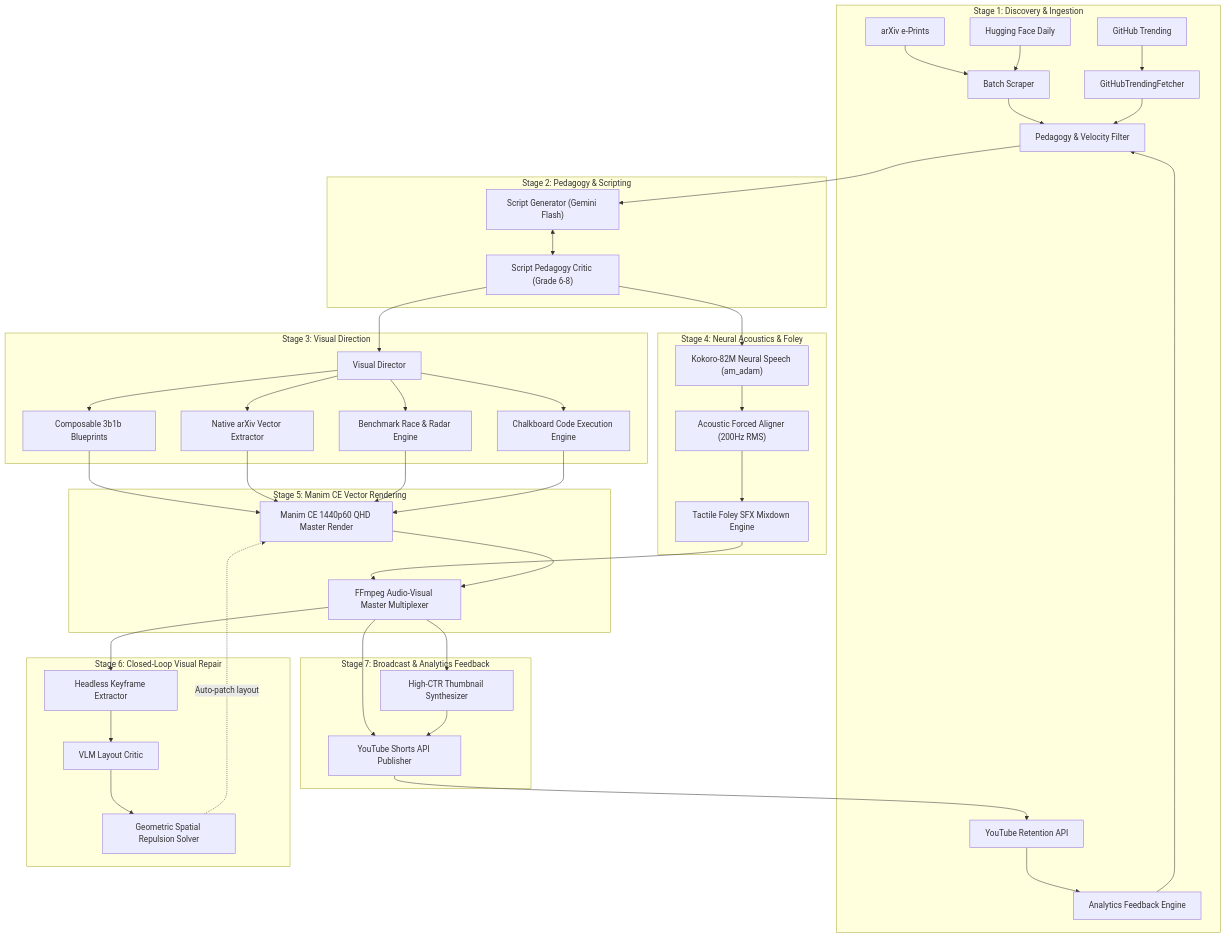
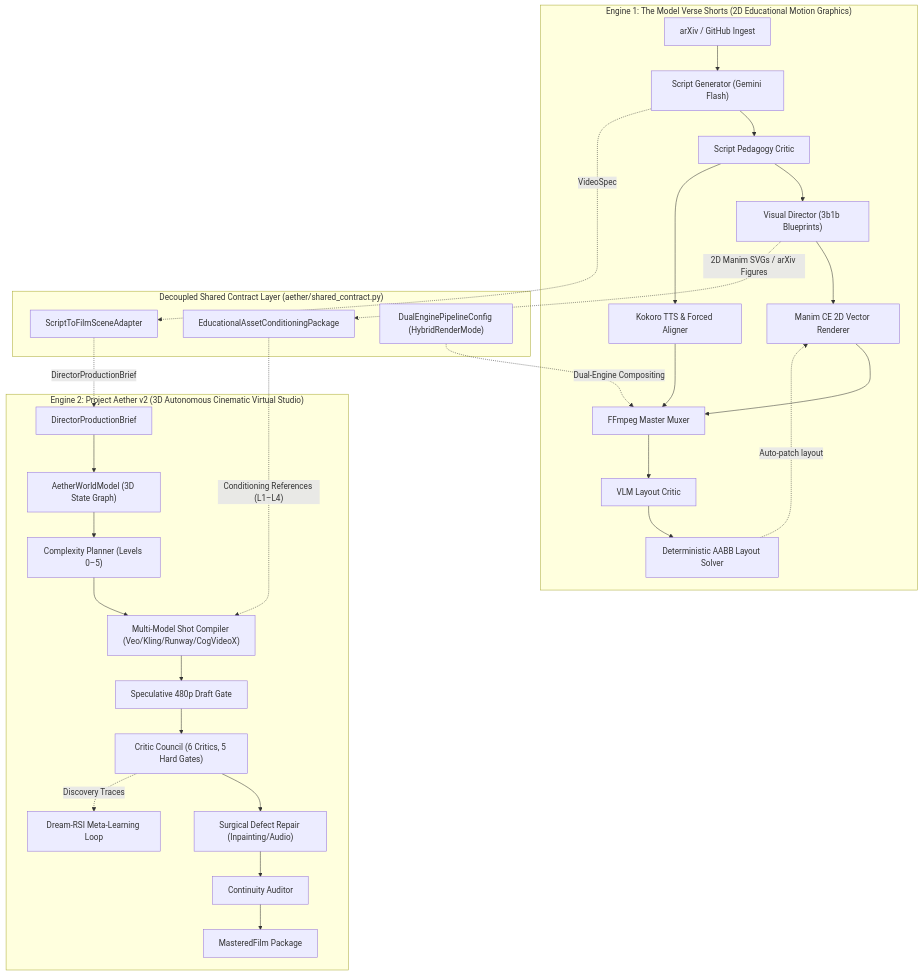
One commit to Amankumar006/Automated-video-Generation changed the diagram in ARCHITECTURE.md. Above: the diagram before and after it, drawn with Mermaid. The commit also changed other lines of this file and 34 other files, not shown here.

Commit message:
feat: harmonize dual-engine production, integrate arXiv figure extraction, and update Aether operational budget protocol

````diff
--- a/ARCHITECTURE.md
+++ b/ARCHITECTURE.md
@@ -12,54 +12,39 @@
 ```mermaid
 flowchart TD
-    subgraph STAGE_1 ["Stage 1: Discovery & Ingestion"]
-        arXiv["arXiv e-Prints"] --> Scraper["Batch Scraper"]
-        HF["Hugging Face Daily"] --> Scraper
-        GH["GitHub Trending"] --> GHFetcher["GitHubTrendingFetcher"]
-        YT["YouTube Retention API"] --> Feedback["Analytics Feedback Engine"]
-        Scraper --> Prioritizer["Pedagogy & Velocity Filter"]
-        GHFetcher --> Prioritizer
-        Feedback --> Prioritizer
+    subgraph Engine_1 ["Engine 1: The Model Verse Shorts (2D Educational Motion Graphics)"]
+        Ingest["arXiv / GitHub Ingest"] --> ScriptGen["Script Generator (Gemini Flash)"]
+        ScriptGen --> ScriptCritic["Script Pedagogy Critic"]
+        ScriptCritic --> VisualDir["Visual Director (3b1b Blueprints)"]
+        VisualDir --> ManimEngine["Manim CE 2D Vector Renderer"]
+        ScriptCritic --> AudioSynth["Kokoro TTS & Forced Aligner"]
+        ManimEngine --> Muxer["FFmpeg Master Muxer"]
+        AudioSynth --> Muxer
+        Muxer --> VLMCritic["VLM Layout Critic"]
+        VLMCritic --> LayoutSolver["Deterministic AABB Layout Solver"]
+        LayoutSolver -. "Auto-patch layout" .-> ManimEngine
     end
 
-    subgraph STAGE_2 ["Stage 2: Pedagogy & Scripting"]
-        Prioritizer --> ScriptGen["Script Generator (Gemini Flash)"]
-        ScriptGen <--> Critic["Script Pedagogy Critic (Grade 6-8)"]
+    subgraph Shared_Layer ["Decoupled Shared Contract Layer (aether/shared_contract.py)"]
+        ScriptAdapter["ScriptToFilmSceneAdapter"]
+        AssetPkg["EducationalAssetConditioningPackage"]
+        HybridCfg["DualEnginePipelineConfig (HybridRenderMode)"]
     end
 
-    subgraph STAGE_3 ["Stage 3: Visual Direction"]
-        Critic --> Director["Visual Director"]
-        Director --> Blueprints["Composable 3b1b Blueprints"]
-        Director --> VectorExt["Native arXiv Vector Extractor"]
-        Director --> ShowdownEng["Benchmark Race & Radar Engine"]
-        Director --> CodeEng["Chalkboard Code Execution Engine"]
+    subgraph Engine_2 ["Engine 2: Project Aether v2 (3D Autonomous Cinematic Virtual Studio)"]
+        Brief["DirectorProductionBrief"] --> WorldModel["AetherWorldModel (3D State Graph)"]
+        WorldModel --> CompPlanner["Complexity Planner (Levels 0–5)"]
+        CompPlanner --> ShotComp["Multi-Model Shot Compiler (Veo/Kling/Runway/CogVideoX)"]
+        ShotComp --> SpecDraft["Speculative 480p Draft Gate"]
+        SpecDraft --> Council["Critic Council (6 Critics, 5 Hard Gates)"]
+        Council --> Repair["Surgical Defect Repair (Inpainting/Audio)"]
+        Repair --> ContinAudit["Continuity Auditor"]
+        ContinAudit --> MasterFilm["MasteredFilm Package"]
+        Council -. "Discovery Traces" .-> Teacher["Dream-RSI Meta-Learning Loop"]
     end
 
-    subgraph STAGE_4 ["Stage 4: Neural Acoustics & Foley"]
-        Critic --> TTS["Kokoro-82M Neural Speech (am_adam)"]
-        TTS --> Aligner["Acoustic Forced Aligner (200Hz RMS)"]
-        Aligner --> SFX["Tactile Foley SFX Mixdown Engine"]
-    end
-
-    subgraph STAGE_5 ["Stage 5: Manim CE Vector Rendering"]
-        Blueprints --> Renderer["Manim CE 1440p60 QHD Master Render"]
-        VectorExt --> Renderer
-        ShowdownEng --> Renderer
-        CodeEng --> Renderer
-        SFX --> Compositor["FFmpeg Audio-Visual Master Multiplexer"]
-        Renderer --> Compositor
-    end
-
-    subgraph STAGE_6 ["Stage 6: Closed-Loop Visual Repair"]
-        Compositor --> Keyframes["Headless Keyframe Extractor"]
-        Keyframes --> VLMCritic["VLM Layout Critic"]
-        VLMCritic --> LayoutSolver["Geometric Spatial Repulsion Solver"]
-        LayoutSolver -. "Auto-patch layout" .-> Renderer
-    end
-
-    subgraph STAGE_7 ["Stage 7: Broadcast & Analytics Feedback"]
-        Compositor --> Thumbnail["High-CTR Thumbnail Synthesizer"]
-        Compositor --> Publisher["YouTube Shorts API Publisher"]
-        Thumbnail --> Publisher
-        Publisher --> YT
-    end
+    ScriptGen -. "VideoSpec" .-> ScriptAdapter
+    ScriptAdapter -. "DirectorProductionBrief" .-> Brief
+    VisualDir -. "2D Manim SVGs / arXiv Figures" .-> AssetPkg
+    AssetPkg -. "Conditioning References (L1–L4)" .-> ShotComp
+    HybridCfg -. "Dual-Engine Compositing" .-> Muxer
 ```
````
